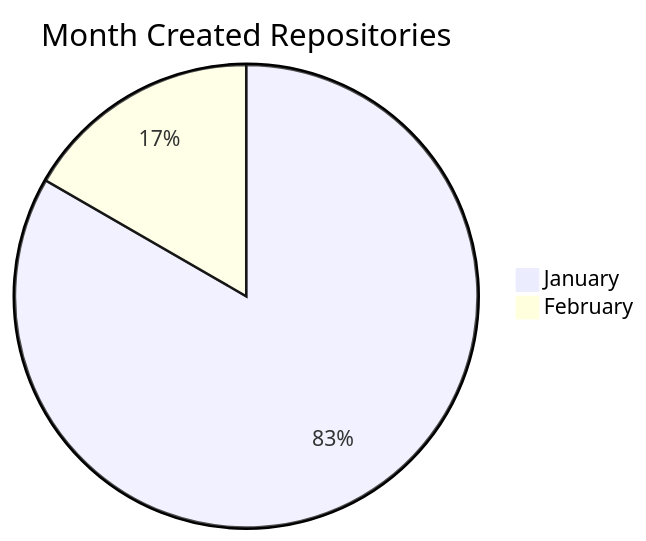
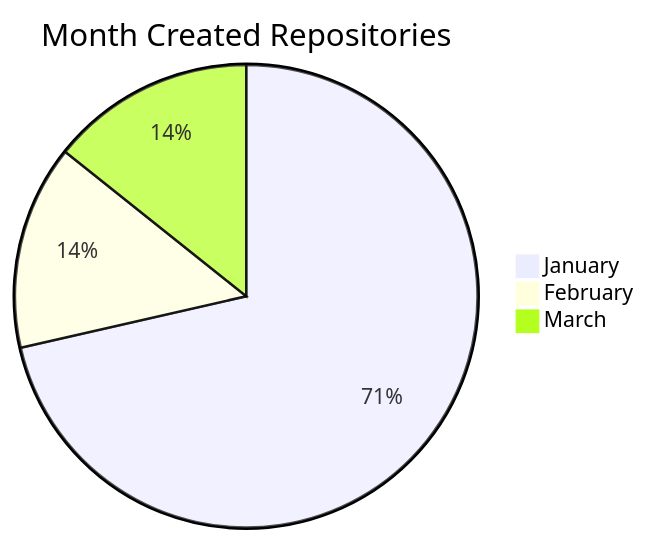
The second of 2 diagrams in README.md (BackdevHong/WOC), drawn with Mermaid before and after one commit. The commit also changed other lines of this file, not shown here.

````diff
--- a/README.md
+++ b/README.md
@@ -15,5 +17,6 @@
 ```mermaid
 pie title Month Created Repositories
 "January" : 5
 "February" : 1
+"March" : 1
 ```
````
